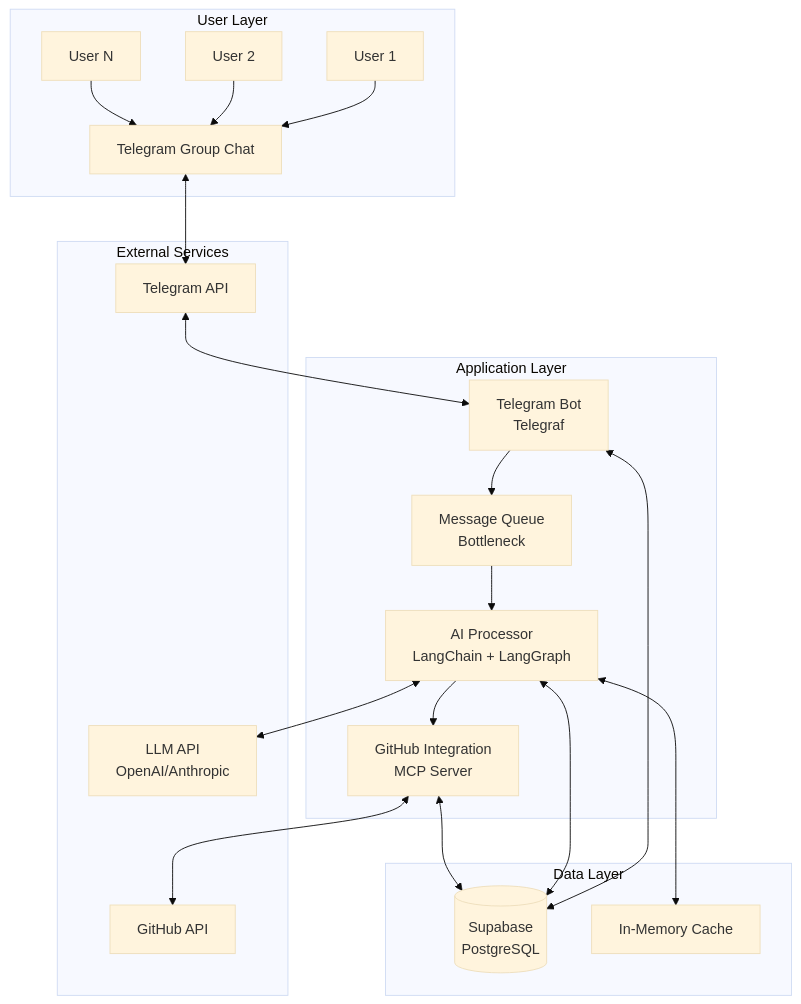
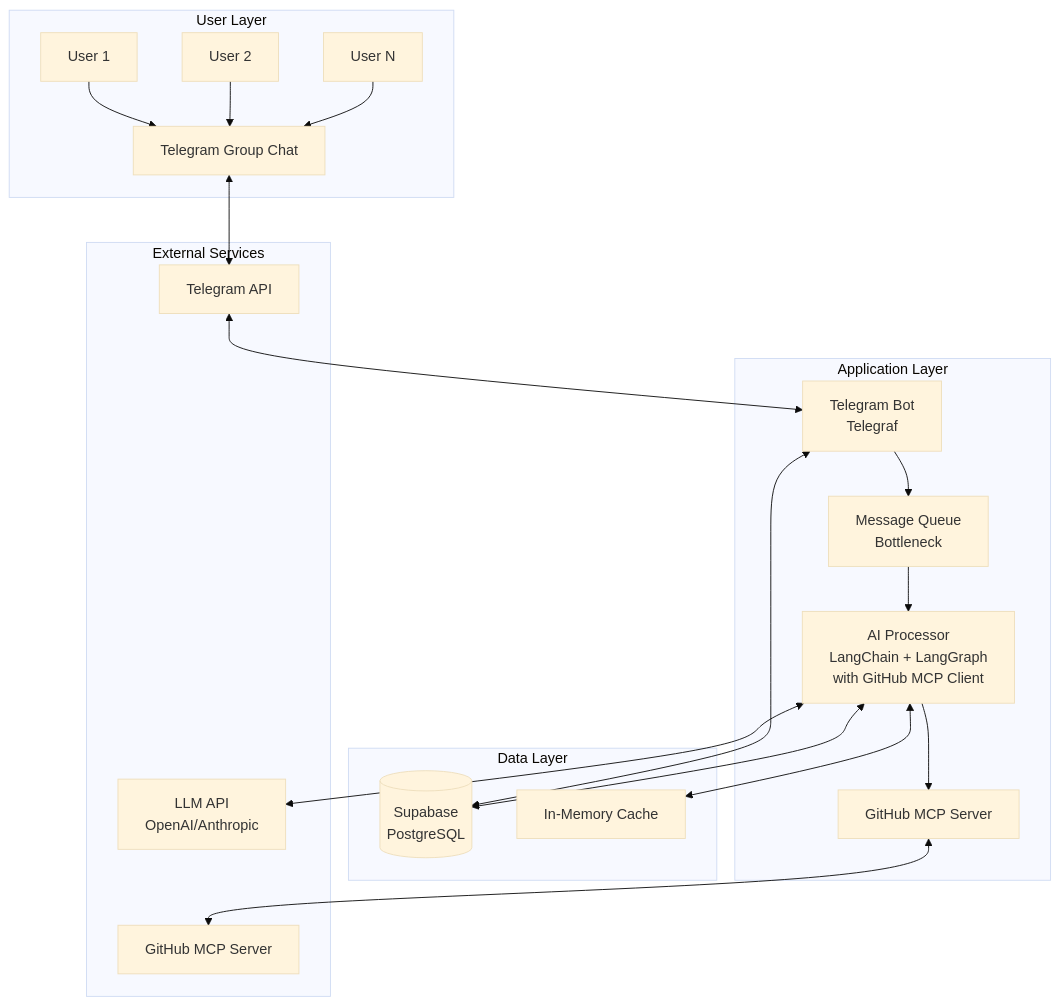
Before and after one commit to majus/telegit: the first of 11 diagrams in PRD.md, drawn with Mermaid (base theme). The commit also changed other lines of this file, not shown here.

````diff
--- a/PRD.md
+++ b/PRD.md
@@ -39,40 +39,39 @@
 ```mermaid
 graph TB
     subgraph "User Layer"
         TG[Telegram Group Chat]
         U1[User 1]
         U2[User 2]
         U3[User N]
     end
     
     subgraph "Application Layer"
         TB[Telegram Bot<br/>Telegraf]
         MQ[Message Queue<br/>Bottleneck]
-        AI[AI Processor<br/>LangChain + LangGraph]
-        GH[GitHub Integration<br/>MCP Server]
+        AI[AI Processor<br/>LangChain + LangGraph<br/>with GitHub MCP Client]
+        GH[GitHub MCP Server]
     end
     
     subgraph "Data Layer"
         SB[(Supabase<br/>PostgreSQL)]
         CACHE[In-Memory Cache]
     end
     
     subgraph "External Services"
         TAPI[Telegram API]
         LLMAPI[LLM API<br/>OpenAI/Anthropic]
-        GHAPI[GitHub API]
+        GHAPI[GitHub MCP Server]
     end
     
     U1 & U2 & U3 --> TG
     TG <--> TAPI
     TAPI <--> TB
     TB --> MQ
     MQ --> AI
     AI --> GH
     AI <--> LLMAPI
     GH <--> GHAPI
     TB <--> SB
     AI <--> SB
-    GH <--> SB
     AI <--> CACHE
 ```
````
